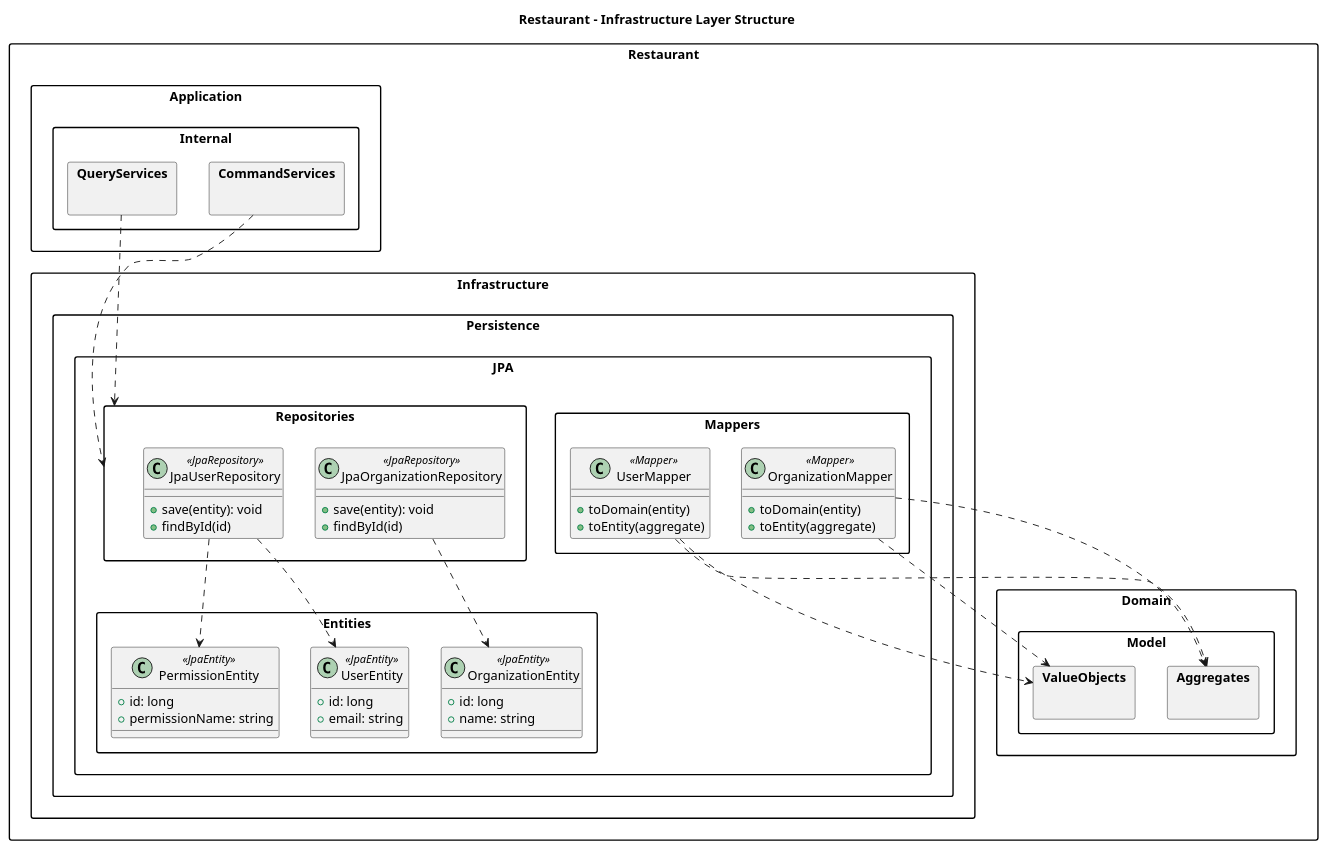
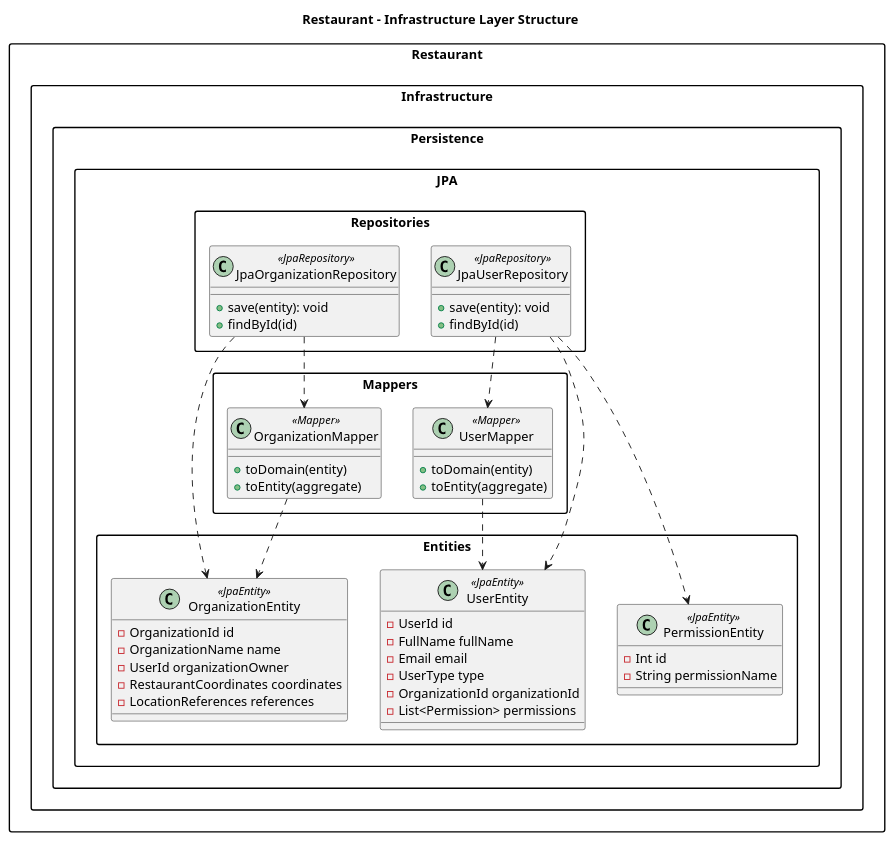
The diagram in img/capitulo_4/tactical_ddd/restaurant/restaurant_infrastructure.puml (Soulware-IoT/report), drawn with PlantUML before and after one commit. The commit also changed 8 other files, not shown here.

```diff
--- a/img/capitulo_4/tactical_ddd/restaurant/restaurant_infrastructure.puml
+++ b/img/capitulo_4/tactical_ddd/restaurant/restaurant_infrastructure.puml
@@ -1,71 +1,63 @@
 @startuml
 skinparam packageStyle rectangle
 
 title Restaurant - Infrastructure Layer Structure
 
 package "Restaurant" {
     package "Infrastructure.Persistence" {
         package "JPA" {
             package "Entities" {
                 class OrganizationEntity <<JpaEntity>> {
-                    +id: long
-                    +name: string
+                    -OrganizationId id
+                    -OrganizationName name
+                    -UserId organizationOwner
+                    -RestaurantCoordinates coordinates
+                    -LocationReferences references
                 }
                 class UserEntity <<JpaEntity>> {
-                    +id: long
-                    +email: string
+                    -UserId id
+                    -FullName fullName
+                    -Email email
+                    -UserType type
+                    -OrganizationId organizationId
+                    -List<Permission> permissions
                 }
                 class PermissionEntity <<JpaEntity>> {
-                    +id: long
-                    +permissionName: string
+                    -Int id
+                    -String permissionName
                 }
             }
             package "Mappers" {
                 class OrganizationMapper <<Mapper>> {
                     +toDomain(entity)
                     +toEntity(aggregate)
                 }
                 class UserMapper <<Mapper>> {
                     +toDomain(entity)
                     +toEntity(aggregate)
                 }
             }
             package "Repositories" {
                 class JpaOrganizationRepository <<JpaRepository>> {
                     +save(entity): void
                     +findById(id)
                 }
                 class JpaUserRepository <<JpaRepository>> {
                     +save(entity): void
                     +findById(id)
                 }
             }
         }
     }
-
-    package "Domain" {
-        package "Model" {
-            package "Aggregates" {}
-            package "ValueObjects" {}
-        }
-    }
-
-    package "Application.Internal" {
-        package "CommandServices" {}
-        package "QueryServices" {}
-    }
 }
 
 ' === RELACIONES DE INFRASTRUCTURE: Restaurant ===
 Restaurant.Infrastructure.Persistence.JPA.Repositories.JpaOrganizationRepository ..> Restaurant.Infrastructure.Persistence.JPA.Entities.OrganizationEntity
 Restaurant.Infrastructure.Persistence.JPA.Repositories.JpaUserRepository ..> Restaurant.Infrastructure.Persistence.JPA.Entities.UserEntity
 Restaurant.Infrastructure.Persistence.JPA.Repositories.JpaUserRepository ..> Restaurant.Infrastructure.Persistence.JPA.Entities.PermissionEntity
 
-Restaurant.Infrastructure.Persistence.JPA.Mappers.OrganizationMapper ..> Restaurant.Domain.Model.Aggregates
-Restaurant.Infrastructure.Persistence.JPA.Mappers.UserMapper ..> Restaurant.Domain.Model.Aggregates
-Restaurant.Infrastructure.Persistence.JPA.Mappers.OrganizationMapper ..> Restaurant.Domain.Model.ValueObjects
-Restaurant.Infrastructure.Persistence.JPA.Mappers.UserMapper ..> Restaurant.Domain.Model.ValueObjects
-
-Restaurant.Application.Internal.CommandServices ..> Restaurant.Infrastructure.Persistence.JPA.Repositories
-Restaurant.Application.Internal.QueryServices ..> Restaurant.Infrastructure.Persistence.JPA.Repositories
+Restaurant.Infrastructure.Persistence.JPA.Mappers.OrganizationMapper ..> Restaurant.Infrastructure.Persistence.JPA.Entities.OrganizationEntity
+Restaurant.Infrastructure.Persistence.JPA.Mappers.UserMapper ..> Restaurant.Infrastructure.Persistence.JPA.Entities.UserEntity
+Restaurant.Infrastructure.Persistence.JPA.Repositories.JpaOrganizationRepository ..> Restaurant.Infrastructure.Persistence.JPA.Mappers.OrganizationMapper
+Restaurant.Infrastructure.Persistence.JPA.Repositories.JpaUserRepository ..> Restaurant.Infrastructure.Persistence.JPA.Mappers.UserMapper
 @enduml
```
